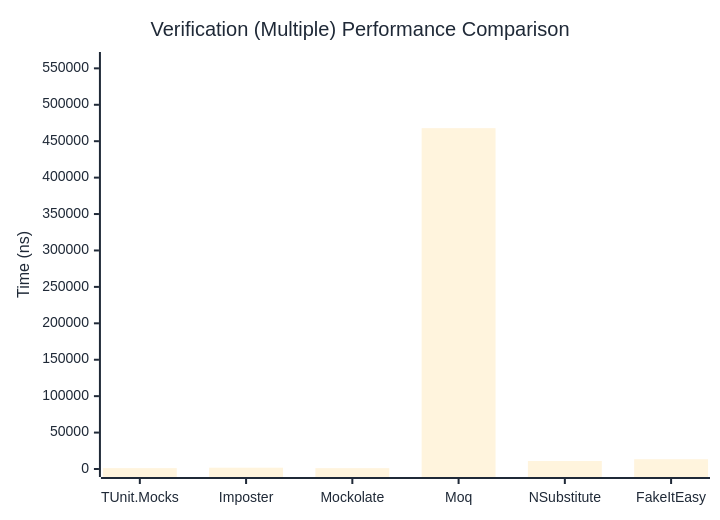
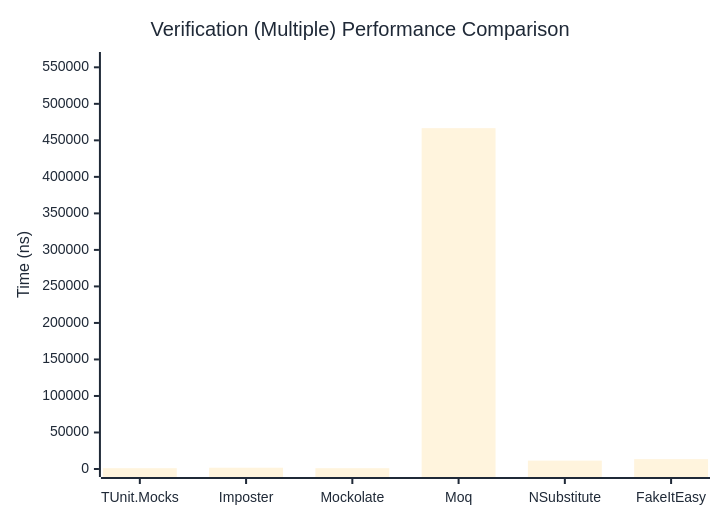
The third of 3 diagrams in docs/docs/benchmarks/mocks/Verification.md (thomhurst/TUnit), drawn with Mermaid before and after one commit. The commit also changed other lines of this file and 14 other files, not shown here.

````diff
--- a/docs/docs/benchmarks/mocks/Verification.md
+++ b/docs/docs/benchmarks/mocks/Verification.md
@@ -110,27 +110,27 @@
 ```mermaid
 %%{init: {
   'theme':'base',
   'themeVariables': {
     'primaryColor': '#2563eb',
     'primaryTextColor': '#1f2937',
     'primaryBorderColor': '#1e40af',
     'lineColor': '#6b7280',
     'secondaryColor': '#7c3aed',
     'tertiaryColor': '#dc2626',
     'background': '#ffffff',
     'pie1': '#2563eb',
     'pie2': '#7c3aed',
     'pie3': '#dc2626',
     'pie4': '#f59e0b',
     'pie5': '#10b981',
     'pie6': '#06b6d4',
     'pie7': '#ec4899',
     'pie8': '#6366f1'
   }
 }}%%
 xychart-beta
   title "Verification (Multiple) Performance Comparison"
   x-axis ["TUnit.Mocks", "Imposter", "Mockolate", "Moq", "NSubstitute", "FakeItEasy"]
-  y-axis "Time (ns)" 0 --> 561471
-  bar [1182.5, 1788.78, 1145.04, 467892, 10975.39, 13412]
+  y-axis "Time (ns)" 0 --> 560014
+  bar [1107.19, 1727.42, 1104.12, 466678.09, 11481.11, 13513.55]
 ```
````
